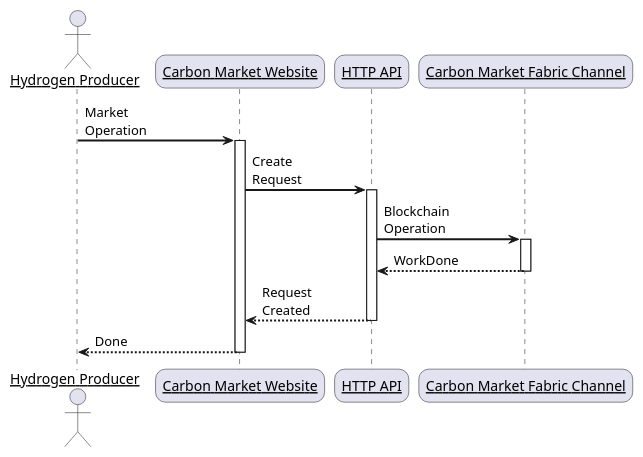
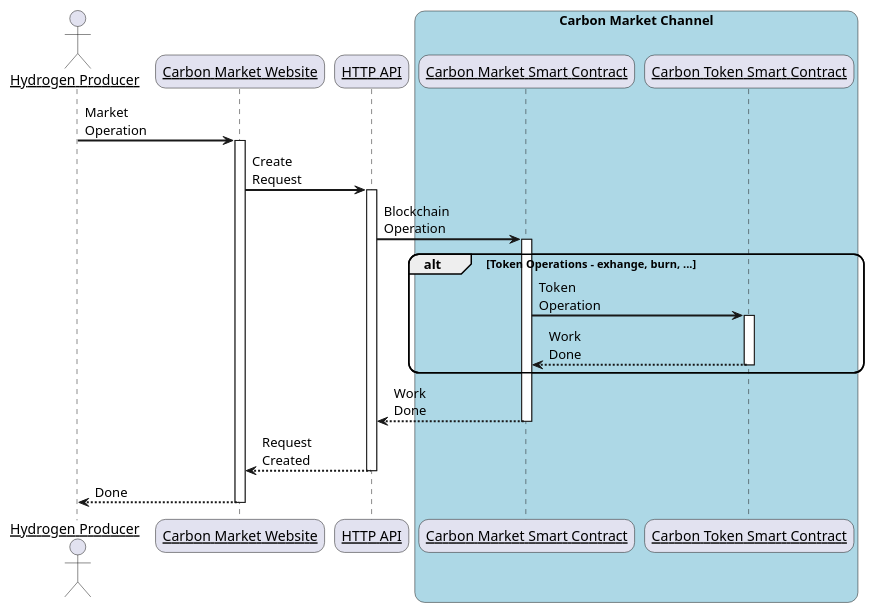
One commit to oscargolding/Carboncoin-ESG changed the diagram in diagrams/sequence.pu. Above: the diagram before and after it, drawn with PlantUML. The commit also changed 18 other files, not shown here.

First line of the commit message:
feat(diagrams): diagrams

```diff
--- a/diagrams/sequence.pu
+++ b/diagrams/sequence.pu
@@ -1,29 +1,38 @@
 @startuml SequenceNormal
 skinparam sequenceArrowThickness 2
 skinparam roundcorner 20
 skinparam maxmessagesize 60
 skinparam sequenceParticipant underline
 
 actor "Hydrogen Producer" as User
 participant "Carbon Market Website" as A
 participant "HTTP API" as B
-participant "Carbon Market Fabric Channel" as C
+box "Carbon Market Channel" #LightBlue
+participant "Carbon Market Smart Contract" as C
+participant "Carbon Token Smart Contract" as D
+end box
 
 User -> A: Market Operation
 activate A
 
 A -> B: Create Request
 activate B
 
 B -> C: Blockchain Operation
 activate C
-C --> B: WorkDone
+alt Token Operations - exhange, burn, ...
+C -> D: Token Operation
+activate D
+D --> C: Work Done
+deactivate D
+end
+C --> B: Work Done
 deactivate C
 
 B --> A: Request Created
 deactivate B
 
 A --> User: Done
 deactivate A
 
 @enduml
```
